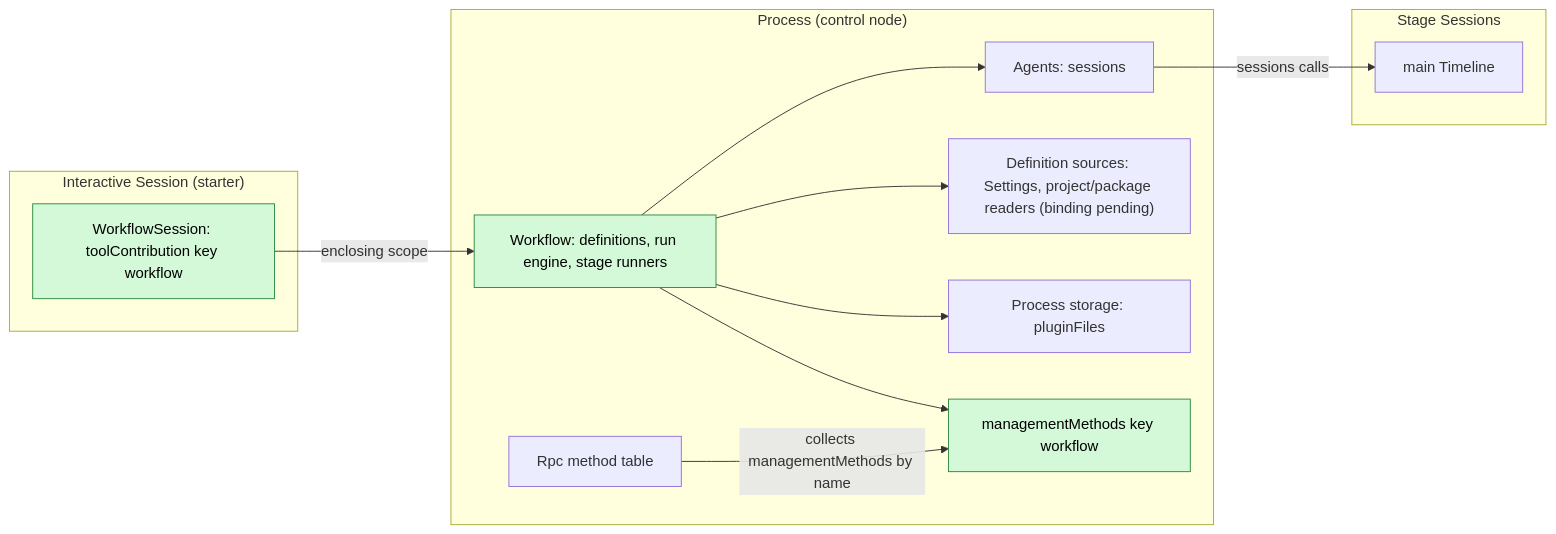
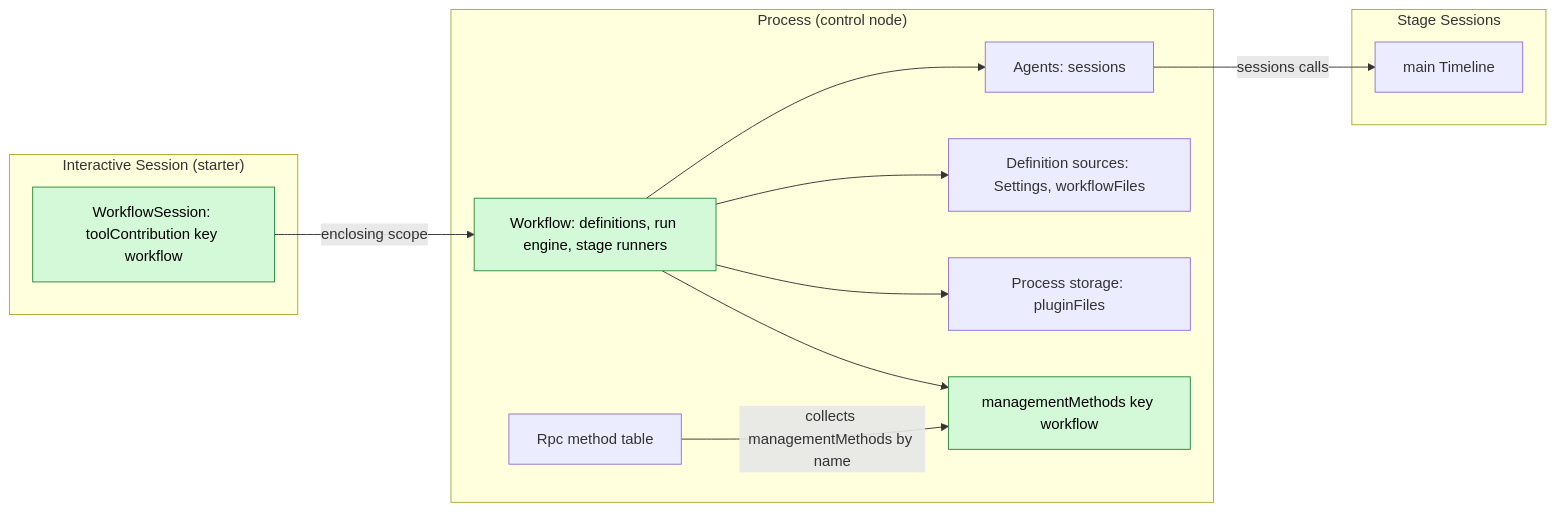
One commit to CoutinhoTTS/dim-agent changed the first of 6 diagrams in docs/design/plugins/Workflow.md. Above: the diagram before and after it, drawn with Mermaid. The commit also changed other lines of this file and 1 other file, not shown here.

Commit message:
docs(workflow): specify concrete package and source bindings

````diff
--- a/docs/design/plugins/Workflow.md
+++ b/docs/design/plugins/Workflow.md
@@ -13,26 +13,26 @@
 ```mermaid
 flowchart LR
   subgraph PROC["Process (control node)"]
     WF["Workflow: definitions, run engine, stage runners"]
     MM["managementMethods key workflow"]
     Agents["Agents: sessions"]
-    Set["Definition sources: Settings, project/package readers (binding pending)"]
+    Set["Definition sources: Settings, workflowFiles"]
     Store["Process storage: pluginFiles"]
     Rpc["Rpc method table"]
   end
   subgraph SESS["Interactive Session (starter)"]
     Tool["WorkflowSession: toolContribution key workflow"]
   end
   subgraph STG["Stage Sessions"]
     TL["main Timeline"]
   end
   Tool -->|"enclosing scope"| WF
   WF --> Agents
   WF --> Set
   WF --> Store
   WF --> MM
   Rpc -->|"collects managementMethods by name"| MM
   Agents -->|"sessions calls"| TL
   classDef new fill:#d3f9d8,stroke:#2b8a3e,color:#000
   class WF,MM,Tool new
 ```
````
